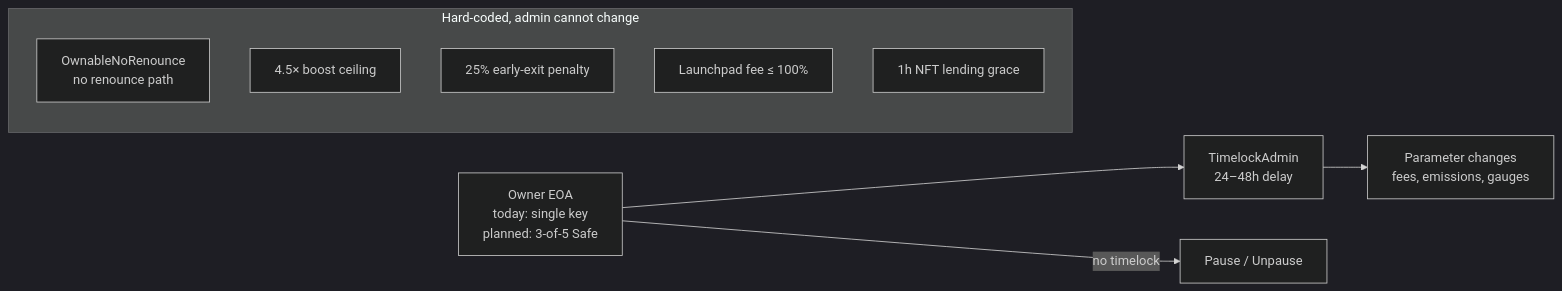
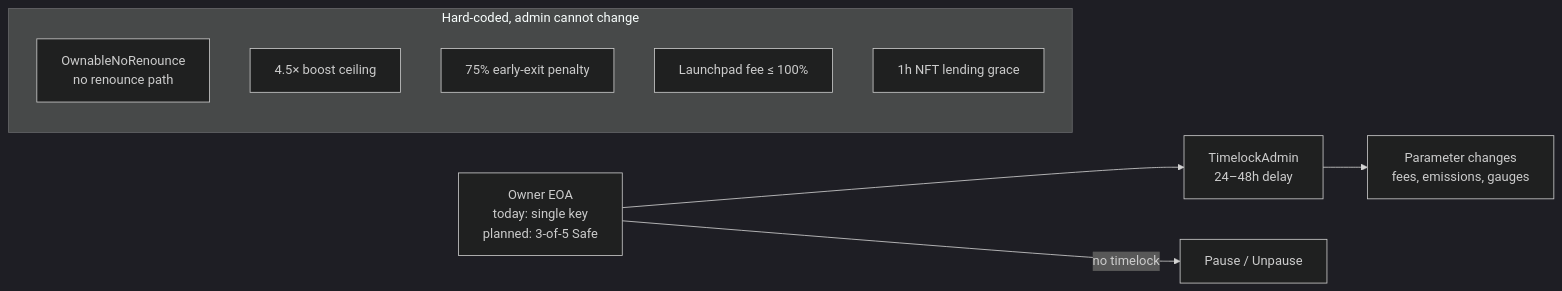
The eighth of 8 diagrams in docs/ARCHITECTURE.md (fomotsar-commits/tegridy-farms), drawn with Mermaid (dark theme) before and after one commit. The commit also changed other lines of this file and 44 other files, not shown here.

````diff
--- a/docs/ARCHITECTURE.md
+++ b/docs/ARCHITECTURE.md
@@ -315,13 +315,13 @@
 ```mermaid
 flowchart LR
     OWN[Owner EOA<br/>today: single key<br/>planned: 3-of-5 Safe] --> TL[TimelockAdmin<br/>24–48h delay]
     TL --> PARAM[Parameter changes<br/>fees, emissions, gauges]
     OWN -->|no timelock| PAUSE[Pause / Unpause]
     subgraph Immutable["Hard-coded, admin cannot change"]
         ONR[OwnableNoRenounce<br/>no renounce path]
         BOOST[4.5× boost ceiling]
-        PEN[25% early-exit penalty]
+        PEN[75% early-exit penalty]
         FEE[Launchpad fee ≤ 100%]
         GRACE[1h NFT lending grace]
     end
 ```
````
